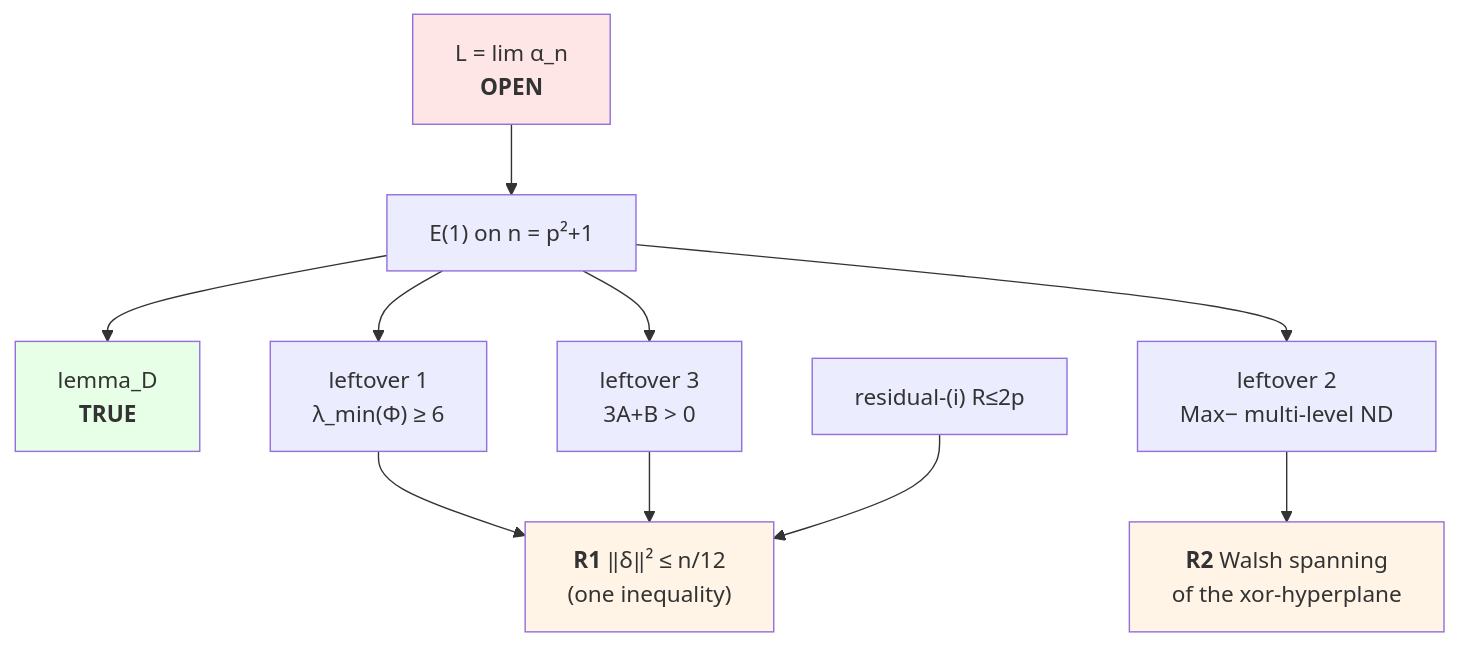
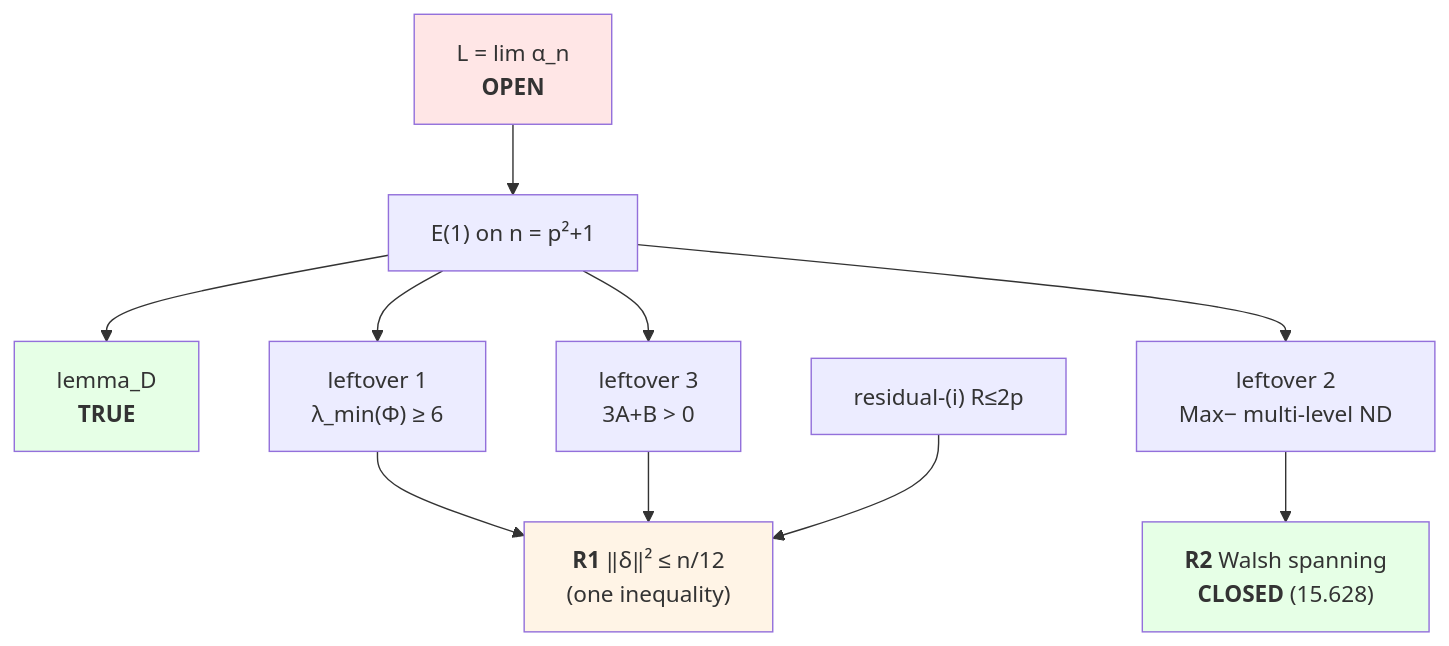
Before and after one commit to luckyseoul/quadratic-minmax-limit: the diagram in README.md, drawn with Mermaid. The commit also changed other lines of this file and 10 other files, not shown here.

````diff
--- a/README.md
+++ b/README.md
@@ -53,16 +53,16 @@
 ```mermaid
 graph TD
     L["L = lim α_n<br/><b>OPEN</b>"] --> E1["E(1) on n = p²+1"]
     E1 --> D["lemma_D<br/><b>TRUE</b>"]
     E1 --> L1["leftover 1<br/>λ_min(Φ) ≥ 6"]
     E1 --> L2["leftover 2<br/>Max− multi-level ND"]
     E1 --> L3["leftover 3<br/>3A+B > 0"]
     L1 --> R1["<b>R1</b> ‖δ‖² ≤ n/12<br/>(one inequality)"]
     L3 --> R1
     RI["residual-(i) R≤2p"] --> R1
-    L2 --> R2["<b>R2</b> Walsh spanning<br/>of the xor-hyperplane"]
+    L2 --> R2["<b>R2</b> Walsh spanning<br/><b>CLOSED</b> (15.628)"]
     style L fill:#ffe6e6
     style D fill:#e6ffe6
     style R1 fill:#fff4e6
-    style R2 fill:#fff4e6
+    style R2 fill:#e6ffe6
 ```
````
